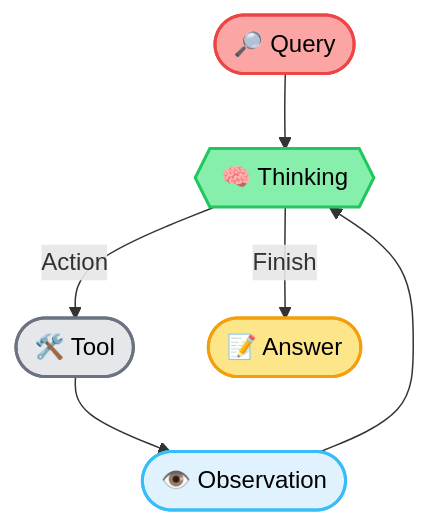
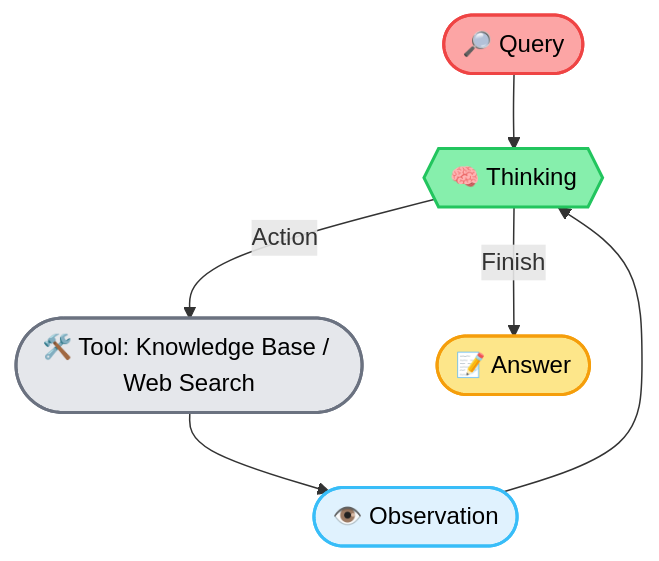
One commit to dpptinh/junior-genai-technical-assessment changed the diagram in ListA/A03/report_A03_part02.md. Above: the diagram before and after it, drawn with Mermaid. The commit also changed other lines of this file, not shown here.

````diff
--- a/ListA/A03/report_A03_part02.md
+++ b/ListA/A03/report_A03_part02.md
@@ -14,17 +56,15 @@
-```mermaid
-flowchart TD
-    Q([🔎 Query]) --> T{{🧠 Thinking}}
-    T -- Action --> TOOL([🛠️ Tool])
-    TOOL --> OBS([👁️ Observation])
-    OBS --> T
-    T -- Finish --> A([📝 Answer])
+    ```mermaid
+    flowchart TD
+        Q([🔎 Query]) --> T{{🧠 Thinking}}
+        T -- Action --> TOOL([🛠️ Tool: Knowledge Base / Web Search])
+        TOOL --> OBS([👁️ Observation])
+        OBS --> T
+        T -- Finish --> A([📝 Answer])
 
-    %% Colors & Style
-    style Q fill:#fca5a5,stroke:#ef4444,stroke-width:2px,color:#000
-    style T fill:#86efac,stroke:#22c55e,stroke-width:2px,color:#000
-    style TOOL fill:#e5e7eb,stroke:#6b7280,stroke-width:2px,color:#000
-    style OBS fill:#e0f2fe,stroke:#38bdf8,stroke-width:2px,color:#000
-    style A fill:#fde68a,stroke:#f59e0b,stroke-width:2px,color:#000
-
-
-```
+        %% Colors & Style
+        style Q fill:#fca5a5,stroke:#ef4444,stroke-width:2px,color:#000
+        style T fill:#86efac,stroke:#22c55e,stroke-width:2px,color:#000
+        style TOOL fill:#e5e7eb,stroke:#6b7280,stroke-width:2px,color:#000
+        style OBS fill:#e0f2fe,stroke:#38bdf8,stroke-width:2px,color:#000
+        style A fill:#fde68a,stroke:#f59e0b,stroke-width:2px,color:#000
+    ```
````
